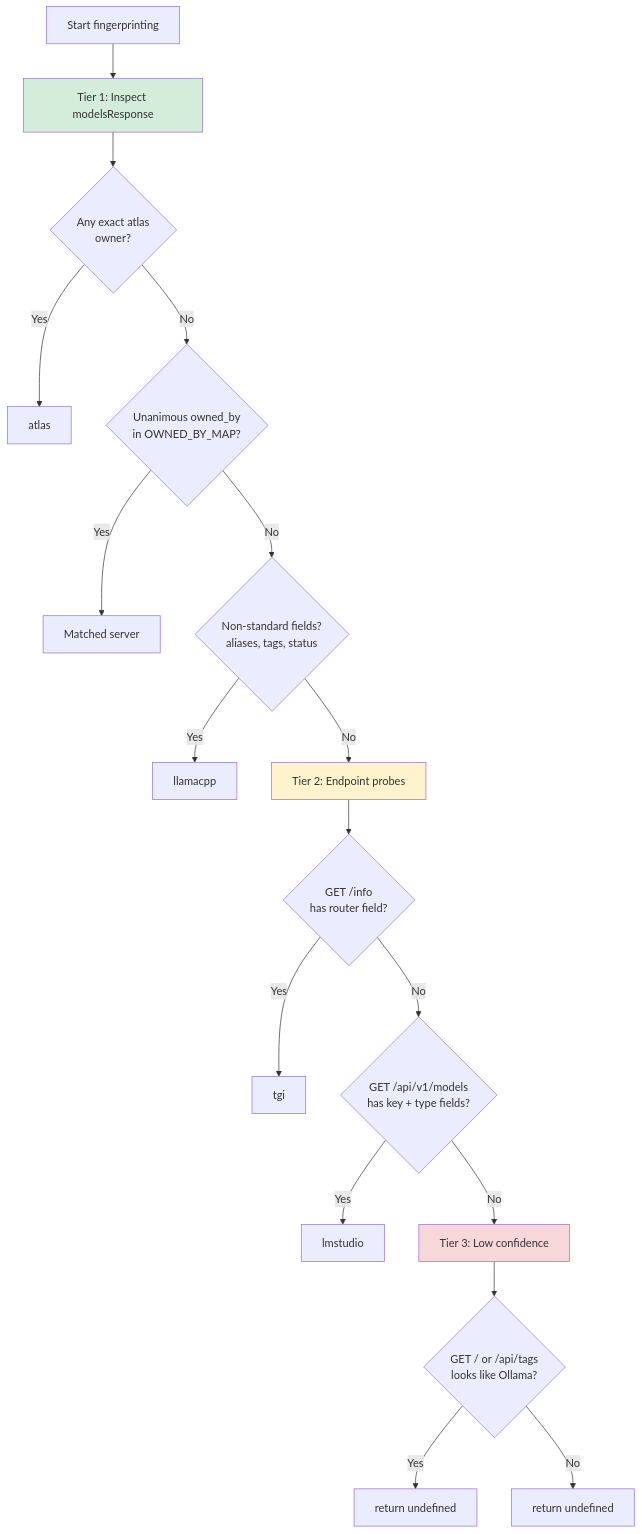
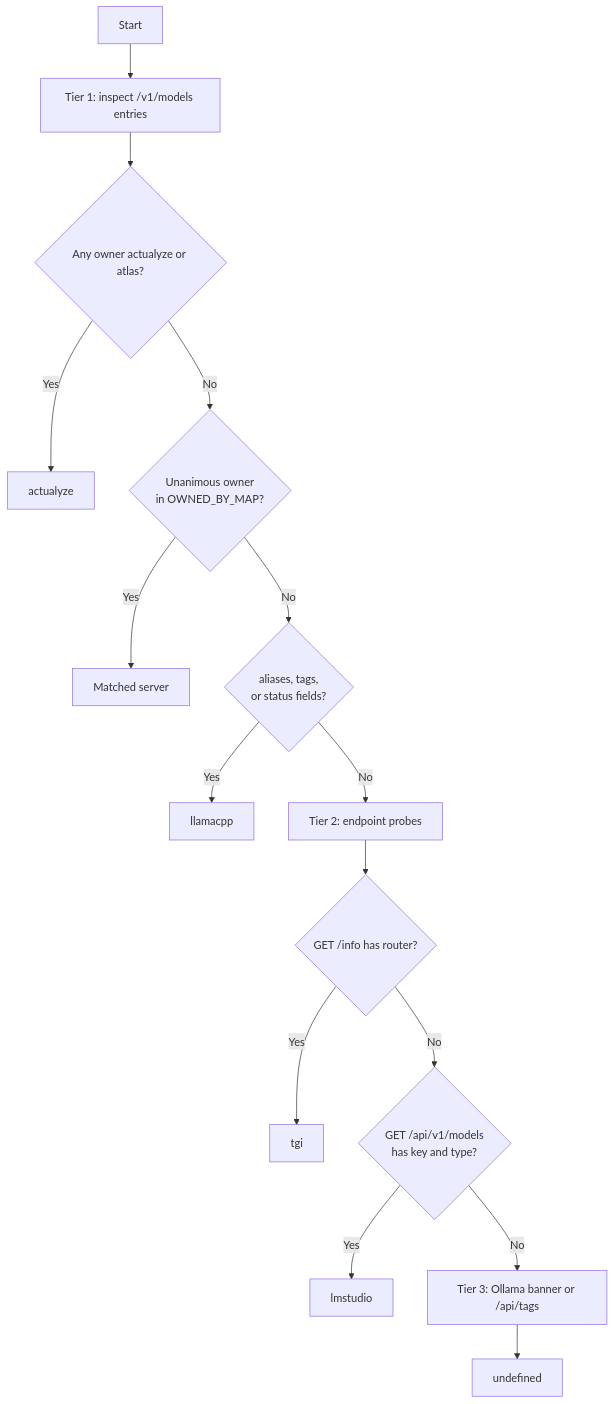
One commit to rmk40/opencode-model-scout changed the fourth of 4 diagrams in CONTRIBUTING.md. Above: the diagram before and after it, drawn with Mermaid. The commit also changed other lines of this file and 68 other files, not shown here.

````diff
--- a/CONTRIBUTING.md
+++ b/CONTRIBUTING.md
@@ -217,23 +291,17 @@
 ```mermaid
 flowchart TD
-    A["Start fingerprinting"] --> B["Tier 1: Inspect modelsResponse"]
-    B --> BA{"Any exact atlas<br/>owner?"}
-    BA -->|Yes| RA["atlas"]
-    BA -->|No| B1{"Unanimous owned_by<br/>in OWNED_BY_MAP?"}
+    A["Start"] --> B["Tier 1: inspect /v1/models entries"]
+    B --> BA{"Any owner actualyze or atlas?"}
+    BA -->|Yes| RA["actualyze"]
+    BA -->|No| B1{"Unanimous owner<br/>in OWNED_BY_MAP?"}
     B1 -->|Yes| R2["Matched server"]
-    B1 -->|No| B2{"Non-standard fields?<br/>aliases, tags, status"}
+    B1 -->|No| B2{"aliases, tags,<br/>or status fields?"}
     B2 -->|Yes| R1["llamacpp"]
-    B2 -->|No| C["Tier 2: Endpoint probes"]
-    C --> C1{"GET /info<br/>has router field?"}
+    B2 -->|No| C["Tier 2: endpoint probes"]
+    C --> C1{"GET /info has router?"}
     C1 -->|Yes| R3["tgi"]
-    C1 -->|No| C2{"GET /api/v1/models<br/>has key + type fields?"}
+    C1 -->|No| C2{"GET /api/v1/models<br/>has key and type?"}
     C2 -->|Yes| R4["lmstudio"]
-    C2 -->|No| D["Tier 3: Low confidence"]
-    D --> D1{"GET / or /api/tags<br/>looks like Ollama?"}
-    D1 -->|Yes| R5["return undefined"]
-    D1 -->|No| R6["return undefined"]
-
-    style B fill:#d4edda
-    style C fill:#fff3cd
-    style D fill:#f8d7da
+    C2 -->|No| D["Tier 3: Ollama banner or /api/tags"]
+    D --> R5["undefined"]
 ```
````
